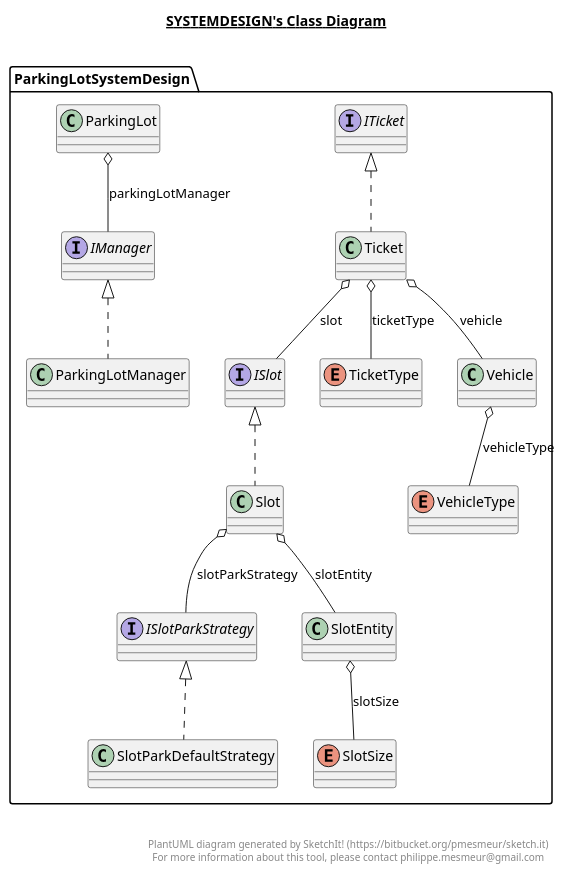
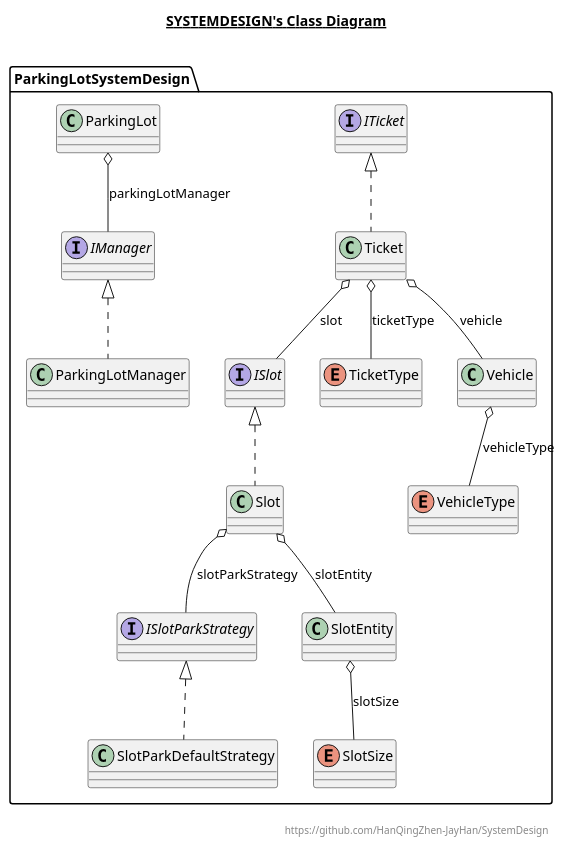
One commit to HanQingZhen-JayHan/SystemDesign changed the diagram in SystemDesign.plantuml. Above: the diagram before and after it, drawn with PlantUML. The commit also changed 3 other files, not shown here.

```diff
--- a/SystemDesign.plantuml
+++ b/SystemDesign.plantuml
@@ -1,110 +1,108 @@
 @startuml
 
 title __SYSTEMDESIGN's Class Diagram__\n
 
   namespace ParkingLotSystemDesign {
     interface ParkingLotSystemDesign.IManager {
     }
   }
   
 
   namespace ParkingLotSystemDesign {
     interface ParkingLotSystemDesign.ISlot {
     }
   }
   
 
   namespace ParkingLotSystemDesign {
     interface ParkingLotSystemDesign.ISlotParkStrategy {
     }
   }
   
 
   namespace ParkingLotSystemDesign {
     interface ParkingLotSystemDesign.ITicket {
     }
   }
   
 
   namespace ParkingLotSystemDesign {
     class ParkingLotSystemDesign.ParkingLot {
     }
   }
   
 
   namespace ParkingLotSystemDesign {
     class ParkingLotSystemDesign.ParkingLotManager {
     }
   }
   
 
   namespace ParkingLotSystemDesign {
     class ParkingLotSystemDesign.Slot {
     }
   }
   
 
   namespace ParkingLotSystemDesign {
     class ParkingLotSystemDesign.SlotEntity {
     }
   }
   
 
   namespace ParkingLotSystemDesign {
     class ParkingLotSystemDesign.SlotParkDefaultStrategy {
     }
   }
   
 
   namespace ParkingLotSystemDesign {
     enum SlotSize {
     }
   }
   
 
   namespace ParkingLotSystemDesign {
     class ParkingLotSystemDesign.Ticket {
     }
   }
   
 
   namespace ParkingLotSystemDesign {
     enum TicketType {
     }
   }
   
 
   namespace ParkingLotSystemDesign {
     class ParkingLotSystemDesign.Vehicle {
     }
   }
   
 
   namespace ParkingLotSystemDesign {
     enum VehicleType {
     }
   }
   
 
   ParkingLotSystemDesign.ParkingLot o-- ParkingLotSystemDesign.IManager : parkingLotManager
   ParkingLotSystemDesign.ParkingLotManager .up.|> ParkingLotSystemDesign.IManager
   ParkingLotSystemDesign.Slot .up.|> ParkingLotSystemDesign.ISlot
   ParkingLotSystemDesign.Slot o-- ParkingLotSystemDesign.SlotEntity : slotEntity
   ParkingLotSystemDesign.Slot o-- ParkingLotSystemDesign.ISlotParkStrategy : slotParkStrategy
   ParkingLotSystemDesign.SlotEntity o-- ParkingLotSystemDesign.SlotSize : slotSize
   ParkingLotSystemDesign.SlotParkDefaultStrategy .up.|> ParkingLotSystemDesign.ISlotParkStrategy
   ParkingLotSystemDesign.Ticket .up.|> ParkingLotSystemDesign.ITicket
   ParkingLotSystemDesign.Ticket o-- ParkingLotSystemDesign.ISlot : slot
   ParkingLotSystemDesign.Ticket o-- ParkingLotSystemDesign.TicketType : ticketType
   ParkingLotSystemDesign.Ticket o-- ParkingLotSystemDesign.Vehicle : vehicle
   ParkingLotSystemDesign.Vehicle o-- ParkingLotSystemDesign.VehicleType : vehicleType
 
 
 right footer
 
-
-PlantUML diagram generated by SketchIt! (https://bitbucket.org/pmesmeur/sketch.it)
-For more information about this tool, please contact philippe.mesmeur@gmail.com
+https://github.com/HanQingZhen-JayHan/SystemDesign
 endfooter
 
 @enduml
```
